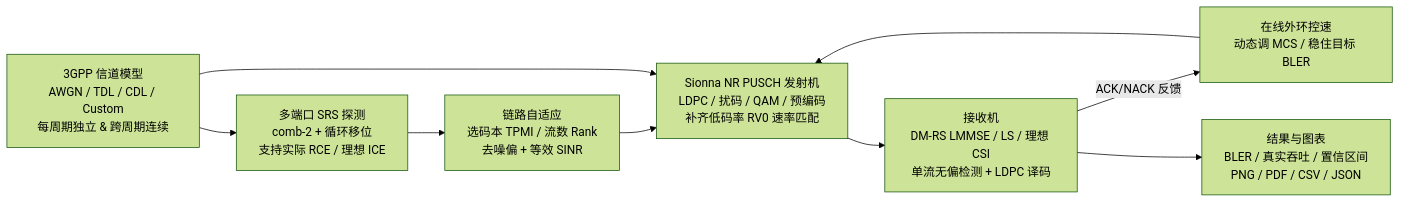
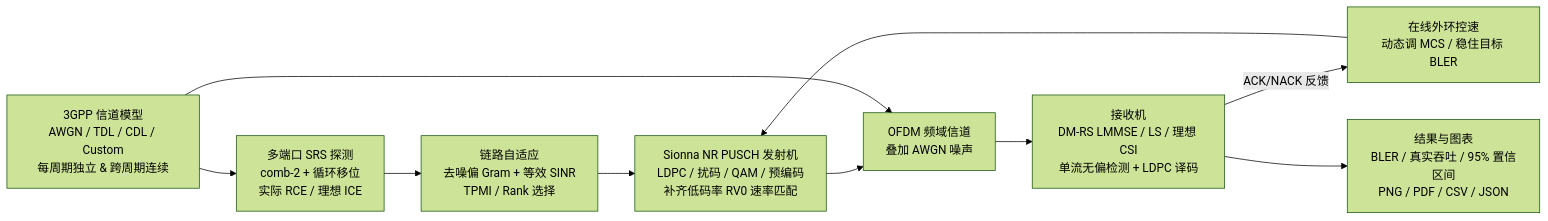
One commit to zhangzij15/nr-pusch-baseline changed the diagram in README.md. Above: the diagram before and after it, drawn with Mermaid (forest theme). The commit also changed other lines of this file and 8 other files, not shown here.

Commit message:
Support multi-QAM low-rate RV0, sum-rate multi-rank OLLA, slot-invariant LMMSE, and polish docs

````diff
--- a/README.md
+++ b/README.md
@@ -102,11 +105,12 @@
 ```mermaid
 flowchart LR
-  CIR["3GPP 信道模型<br/>AWGN / TDL / CDL / Custom<br/>每周期独立 & 跨周期连续"] --> SRS["多端口 SRS 探测<br/>comb-2 + 循环移位<br/>支持实际 RCE / 理想 ICE"]
-  SRS --> LA["链路自适应<br/>选码本 TPMI / 流数 Rank<br/>去噪偏 + 等效 SINR"]
+  CIR["3GPP 信道模型<br/>AWGN / TDL / CDL / Custom<br/>每周期独立 & 跨周期连续"] --> SRS["多端口 SRS 探测<br/>comb-2 + 循环移位<br/>实际 RCE / 理想 ICE"]
+  SRS --> LA["链路自适应<br/>去噪偏 Gram + 等效 SINR<br/>TPMI / Rank 选择"]
   LA --> TX["Sionna NR PUSCH 发射机<br/>LDPC / 扰码 / QAM / 预编码<br/>补齐低码率 RV0 速率匹配"]
-  CIR --> TX
-  TX --> RX["接收机<br/>DM-RS LMMSE / LS / 理想 CSI<br/>单流无偏检测 + LDPC 译码"]
+  TX --> CH["OFDM 频域信道<br/>叠加 AWGN 噪声"]
+  CIR --> CH
+  CH --> RX["接收机<br/>DM-RS LMMSE / LS / 理想 CSI<br/>单流无偏检测 + LDPC 译码"]
   RX -->|"ACK/NACK 反馈"| MCS["在线外环控速<br/>动态调 MCS / 稳住目标 BLER"]
   MCS --> TX
-  RX --> OUT["结果与图表<br/>BLER / 真实吞吐 / 置信区间<br/>PNG / PDF / CSV / JSON"]
+  RX --> OUT["结果与图表<br/>BLER / 真实吞吐 / 95% 置信区间<br/>PNG / PDF / CSV / JSON"]
 ```
````
